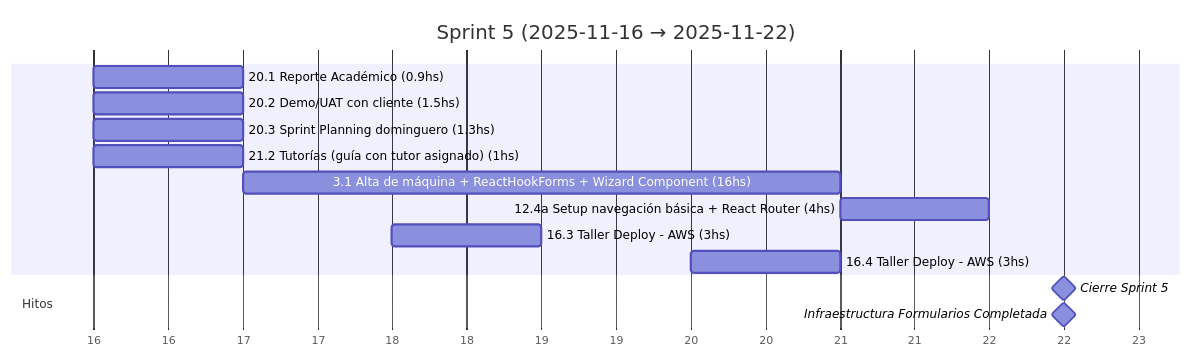
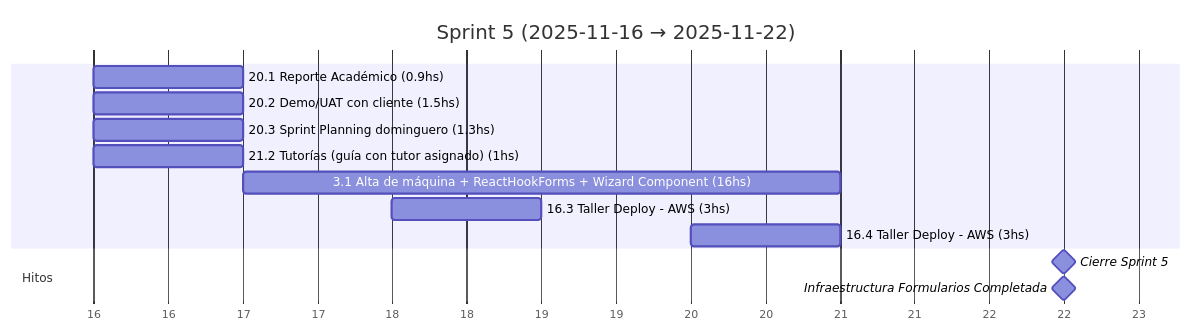
The sixth of 19 diagrams in docs/SprintsGantts.md (MarkMed/FleetMan), drawn with Mermaid before and after one commit. The commit also changed 1 other file, not shown here.

Commit message:
fix(sprints): remove outdated task from sprint planning and adjust total estimated hours

````diff
--- a/docs/SprintsGantts.md
+++ b/docs/SprintsGantts.md
@@ -155,21 +155,20 @@
 ```mermaid
 gantt
   title Sprint 5 (2025-11-16 → 2025-11-22)
   dateFormat  YYYY-MM-DD
   axisFormat  %d
 
   %% Asumimos 5 h/día. Horas estimadas incluidas en el nombre.
 
   20.1 Reporte Académico (0.9hs)               :t201, 2025-11-16, 1d
   20.2 Demo/UAT con cliente (1.5hs)            :t202, 2025-11-16, 1d
   20.3 Sprint Planning dominguero (1.3hs)      :t203, 2025-11-16, 1d
   21.2 Tutorías (guía con tutor asignado) (1hs) :t212, 2025-11-16, 1d
   3.1 Alta de máquina + ReactHookForms + Wizard Component (16hs) :t31, after t203, 4d
-  12.4a Setup navegación básica + React Router (4hs) :t124a, after t31, 1d
   16.3 Taller Deploy - AWS (3hs)               :t163, 2025-11-18, 1d
   16.4 Taller Deploy - AWS (3hs)               :t164, 2025-11-20, 1d
 
   section Hitos
   Cierre Sprint 5                              :milestone, s5, 2025-11-22, 1d
   Infraestructura Formularios Completada       :milestone, forms, 2025-11-22, 1d
 ```
````
